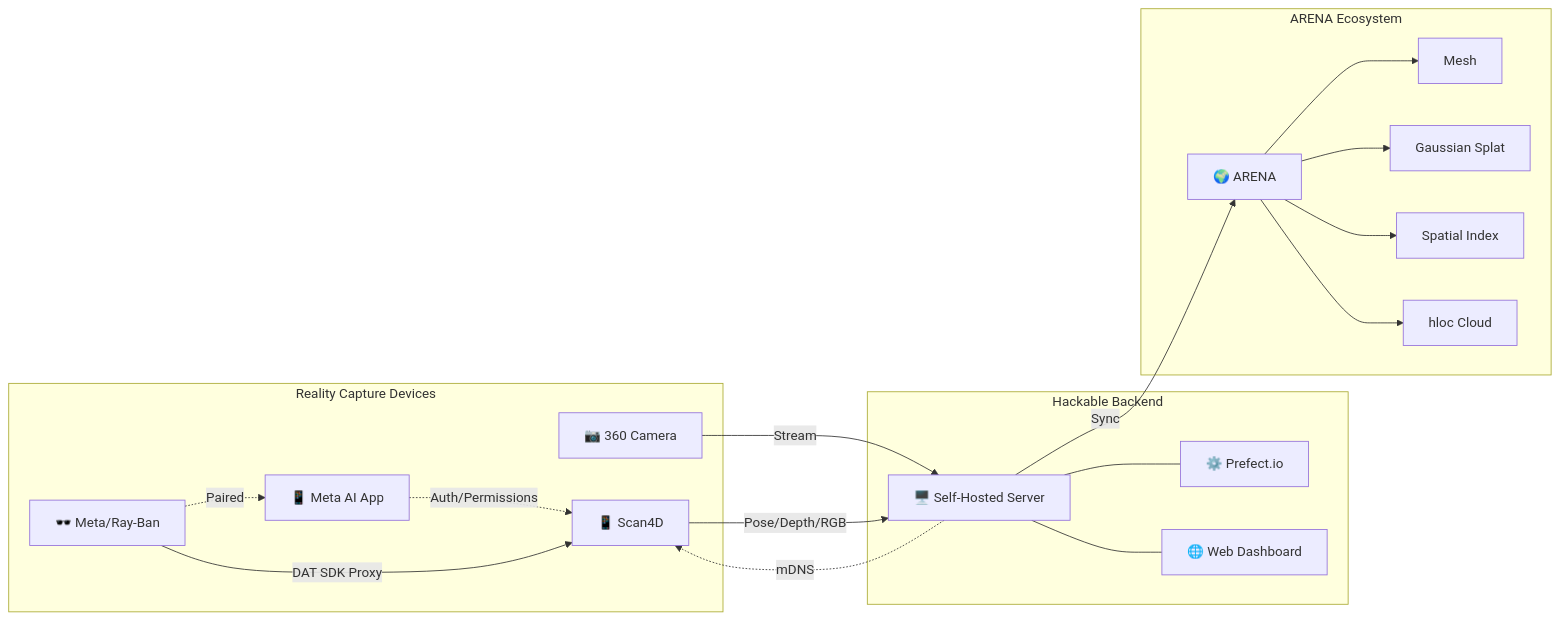
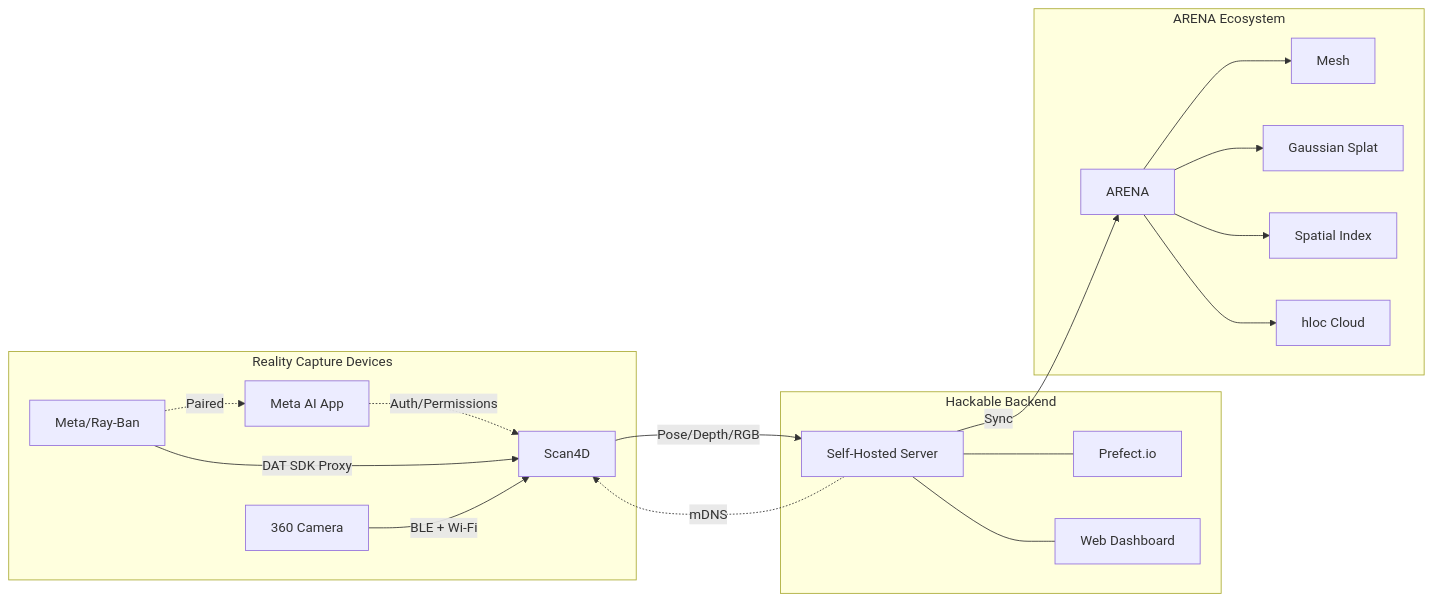
Before and after one commit to WiseLabCMU/wisescan-ios: the first of 13 diagrams in REQUIREMENTS.md, drawn with Mermaid. The commit also changed other lines of this file and 7 other files, not shown here.

````diff
--- a/REQUIREMENTS.md
+++ b/REQUIREMENTS.md
@@ -13,37 +13,37 @@
 ```mermaid
 graph LR
     subgraph "Reality Capture Devices"
-        Phone["📱 Scan4D"]
-        MetaAI["📱 Meta AI App"]
-        Glasses["🕶️ Meta/Ray-Ban"]
-        Cam360["📷 360 Camera"]
+        Phone["Scan4D"]
+        MetaAI["Meta AI App"]
+        Glasses["Meta/Ray-Ban"]
+        Cam360["360 Camera"]
     end
 
     subgraph "Hackable Backend"
-        Server["🖥️ Self-Hosted Server"]
-        Prefect["⚙️ Prefect.io"]
-        Dashboard["🌐 Web Dashboard"]
+        Server["Self-Hosted Server"]
+        Prefect["Prefect.io"]
+        Dashboard["Web Dashboard"]
     end
 
     subgraph "ARENA Ecosystem"
-        Arena["🌍 ARENA"]
+        Arena["ARENA"]
         Mesh["Mesh"]
         Splat["Gaussian Splat"]
         SpatialIdx["Spatial Index"]
         Hloc["hloc Cloud"]
     end
 
     Glasses -.->|Paired| MetaAI
     MetaAI -.->|Auth/Permissions| Phone
     Glasses -->|DAT SDK Proxy| Phone
-    Cam360 -->|Stream| Server
+    Cam360 -->|BLE + Wi-Fi| Phone
     Phone -->|Pose/Depth/RGB| Server
     Server -.->|mDNS| Phone
     Server --- Dashboard
     Server --- Prefect
     Server -->|Sync| Arena
     Arena --> Mesh
     Arena --> Splat
     Arena --> SpatialIdx
     Arena --> Hloc
 ```
````
